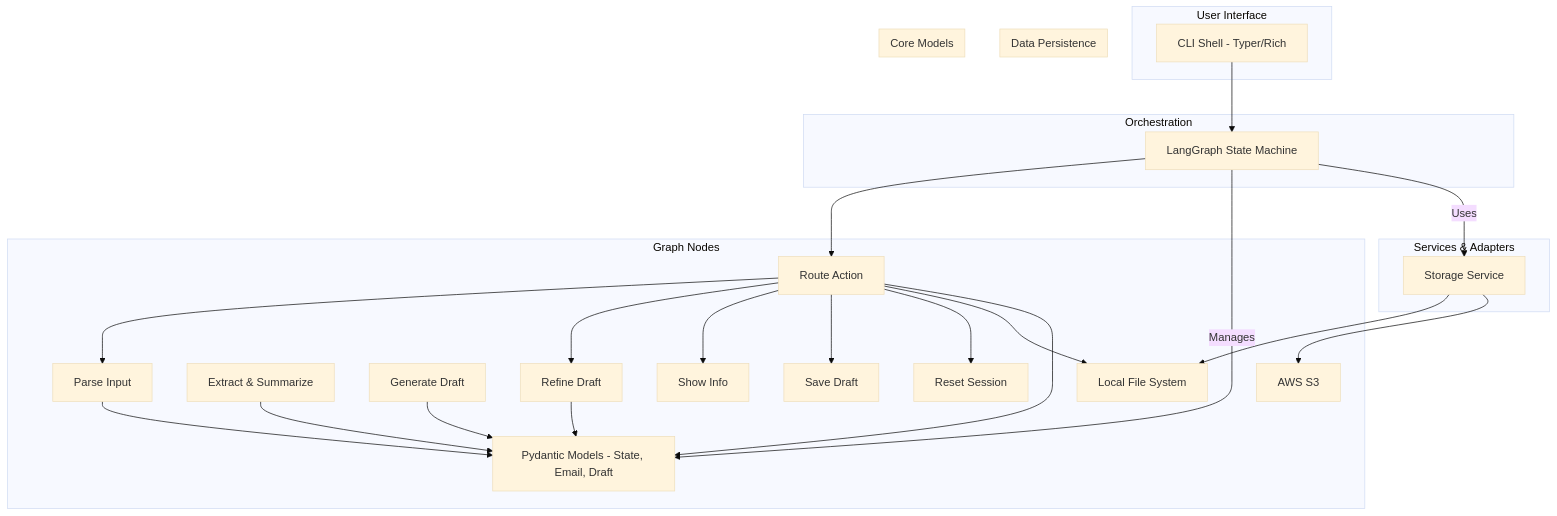
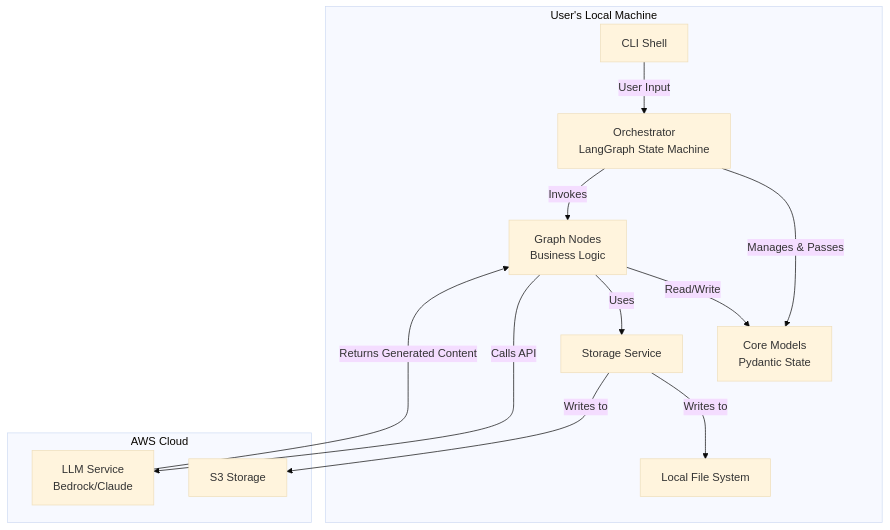
The first of 2 diagrams in docs/Architectural_Plan.md (RayKMAllen/eassistant), drawn with Mermaid (base theme) before and after one commit. The commit also changed other lines of this file and 4 other files, not shown here.

````diff
--- a/docs/Architectural_Plan.md
+++ b/docs/Architectural_Plan.md
@@ -9,49 +9,29 @@
 ```mermaid
 graph TD
-    subgraph User Interface
-        A[CLI Shell - Typer/Rich]
+    subgraph "User's Local Machine"
+        UI[CLI Shell]
+        Orchestrator["Orchestrator<br>LangGraph State Machine"]
+        Models["Core Models<br>Pydantic State"]
+        Nodes["Graph Nodes<br>Business Logic"]
+        StorageService[Storage Service]
+        FS[Local File System]
     end
 
-    subgraph Orchestration
-        B[LangGraph State Machine]
+    subgraph "AWS Cloud"
+        LLM["LLM Service<br>Bedrock/Claude"]
+        S3[S3 Storage]
     end
 
-    subgraph Core Logic [Graph Nodes]
-        C[Route Action]
-        D[Parse Input]
-        E[Extract & Summarize]
-        F[Generate Draft]
-        G[Refine Draft]
-        H[Show Info]
-        I[Save Draft]
-        J[Reset Session]
-        K[Handle Unclear]
-        L[Handle Error]
-        M[Handle Idle Chat]
-    end
+    %% --- Local Interactions ---
+    UI -- User Input --> Orchestrator
+    Orchestrator -- Manages & Passes --> Models
+    Orchestrator -- Invokes --> Nodes
+    Nodes -- Read/Write --> Models
+    Nodes -- Uses --> StorageService
+    StorageService -- Writes to --> FS
 
-    subgraph Services & Adapters
-        M[LLM Service - Bedrock/Claude]
-        N[Storage Service]
-    end
-
-    subgraph Data Persistence
-        K[Local File System]
-        L[AWS S3]
-    end
-
-    subgraph Core Models
-        M[Pydantic Models - State, Email, Draft]
-    end
-
-    A --> B
-    B --> C
-    C --> D; C --> G; C --> H; C --> I; C --> J; C --> K; C --> M
-    D --> M
-    E --> M
-    F --> M
-    G --> M
-    B -- Manages --> M
-    N --> K; N --> L
-    B -- Uses --> N
+    %% --- Cloud Interactions ---
+    Nodes -- Calls API --> LLM
+    LLM -- Returns Generated Content --> Nodes
+    StorageService -- Writes to --> S3
 ```
````
